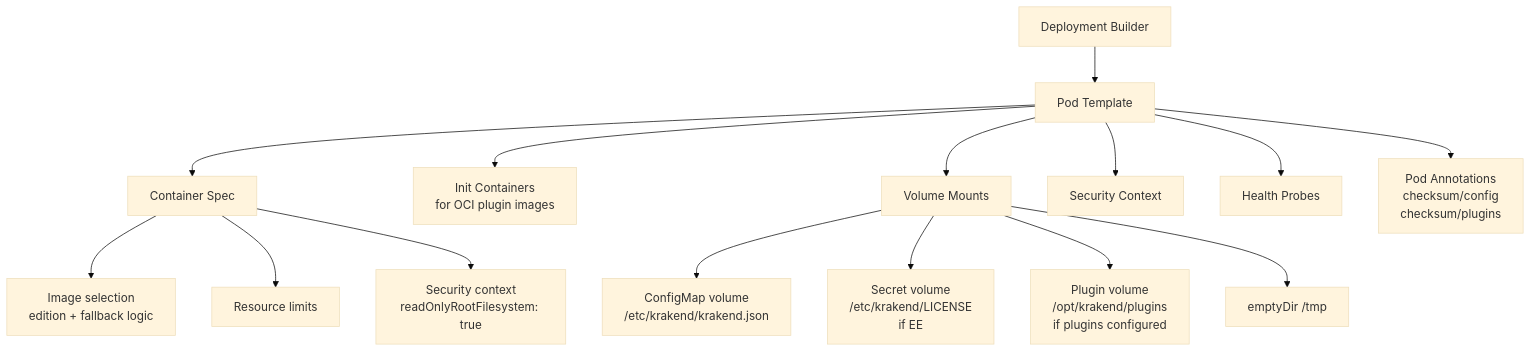
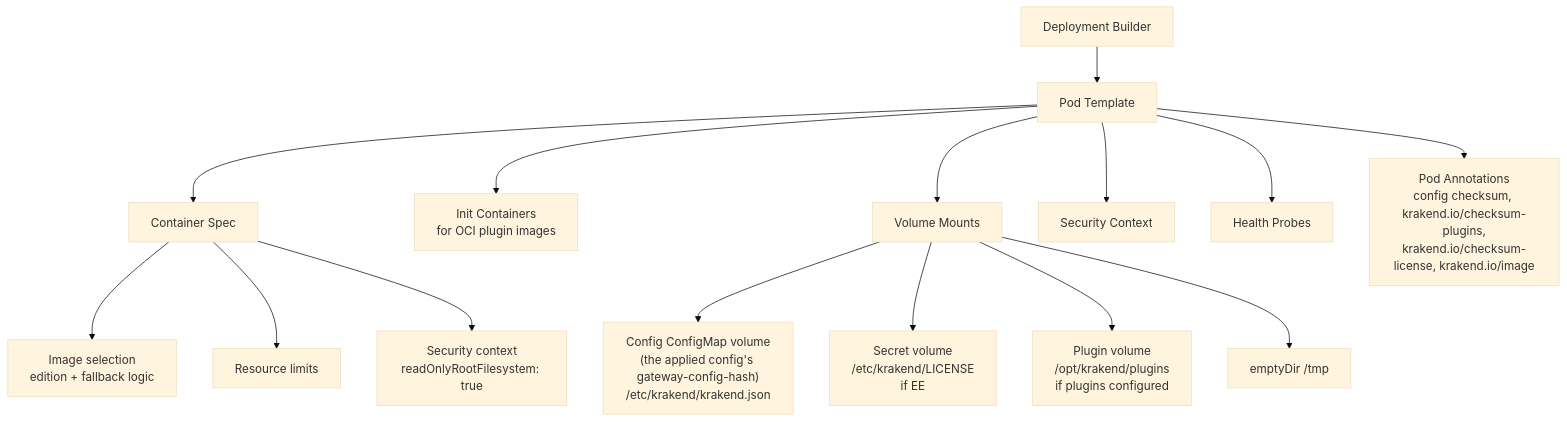
Before and after one commit to MyCarrier-DevOps/KrakenD-Operator: the eighth of 10 diagrams in architecture/application/application-architecture.md, drawn with Mermaid (base theme). The commit also changed other lines of this file, not shown here.

First line of the commit message:
docs(architecture): describe the two-stage gateway controller in app doc

````diff
--- a/architecture/application/application-architecture.md
+++ b/architecture/application/application-architecture.md
@@ -1605,19 +1653,19 @@
 ```mermaid
 flowchart TD
     A[Deployment Builder] --> B[Pod Template]
     B --> C[Container Spec]
     B --> D[Init Containers<br/>for OCI plugin images]
     B --> E[Volume Mounts]
     B --> F[Security Context]
     B --> G[Health Probes]
-    B --> H[Pod Annotations<br/>checksum/config<br/>checksum/plugins]
+    B --> H[Pod Annotations<br/>config checksum, krakend.io/checksum-plugins,<br/>krakend.io/checksum-license, krakend.io/image]
 
-    E --> E1["ConfigMap volume<br/>/etc/krakend/krakend.json"]
+    E --> E1["Config ConfigMap volume<br/>(the applied config's gateway-config-hash)<br/>/etc/krakend/krakend.json"]
     E --> E2["Secret volume<br/>/etc/krakend/LICENSE<br/>if EE"]
     E --> E3["Plugin volume<br/>/opt/krakend/plugins<br/>if plugins configured"]
     E --> E4["emptyDir /tmp"]
 
     C --> C1[Image selection<br/>edition + fallback logic]
     C --> C2[Resource limits]
     C --> C3[Security context<br/>readOnlyRootFilesystem: true]
 ```
````
